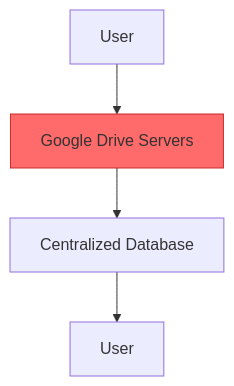
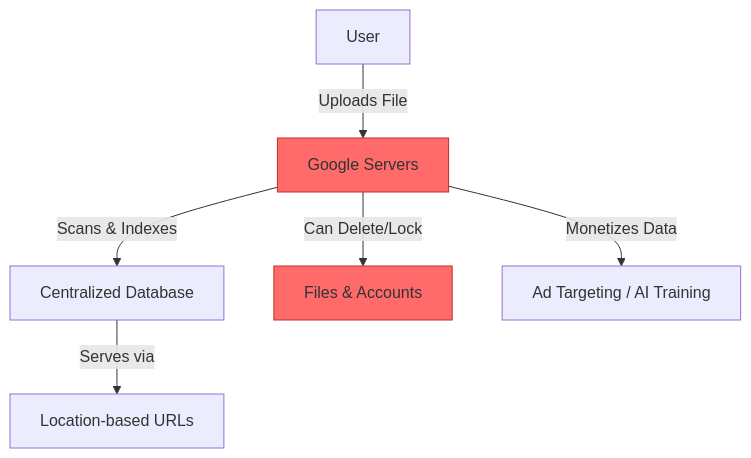
One commit to Elvatar2/Web2-To-Web3-Migration-Guide changed the first of 2 diagrams in 03-storage/01-google-drive-to-ipfs.md. Above: the diagram before and after it, drawn with Mermaid. The commit also changed other lines of this file, not shown here.

````diff
--- a/03-storage/01-google-drive-to-ipfs.md
+++ b/03-storage/01-google-drive-to-ipfs.md
@@ -52,8 +62,11 @@
 ```mermaid
 graph TB
-    A[User] --> B[Google Drive Servers]
-    B --> C[Centralized Database]
-    C --> D[User]
+    A[User] -->|Uploads File| B[Google Servers]
+    B -->|Scans & Indexes| C[Centralized Database]
+    C -->|Serves via| D[Location-based URLs]
+    B -->|Can Delete/Lock| E[Files & Accounts]
+    B -->|Monetizes Data| F[Ad Targeting / AI Training]
 
     style B fill:#ff6b6b,stroke:#c92a2a
+    style E fill:#ff6b6b,stroke:#c92a2a
 ```
````
